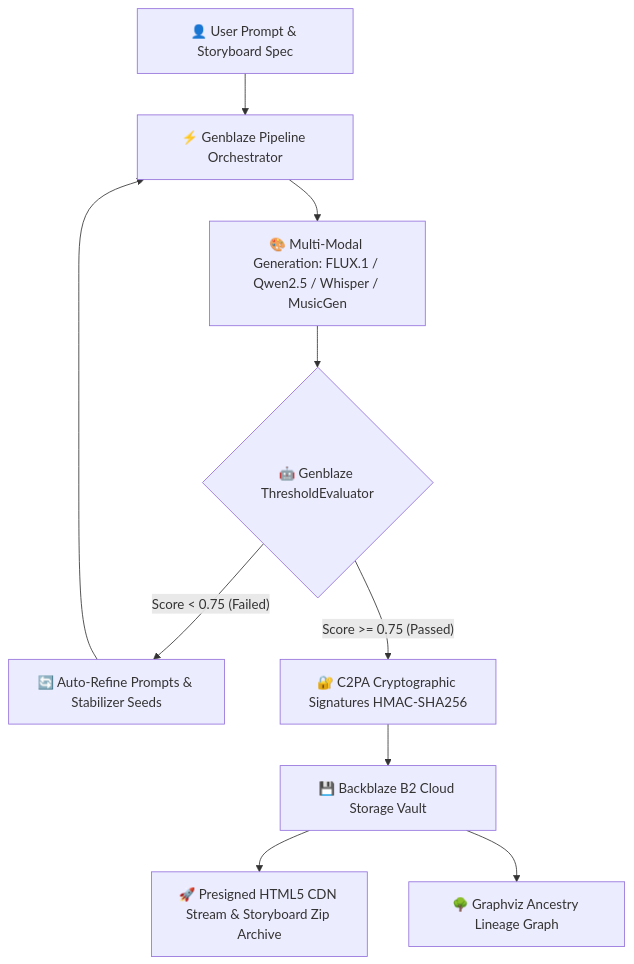
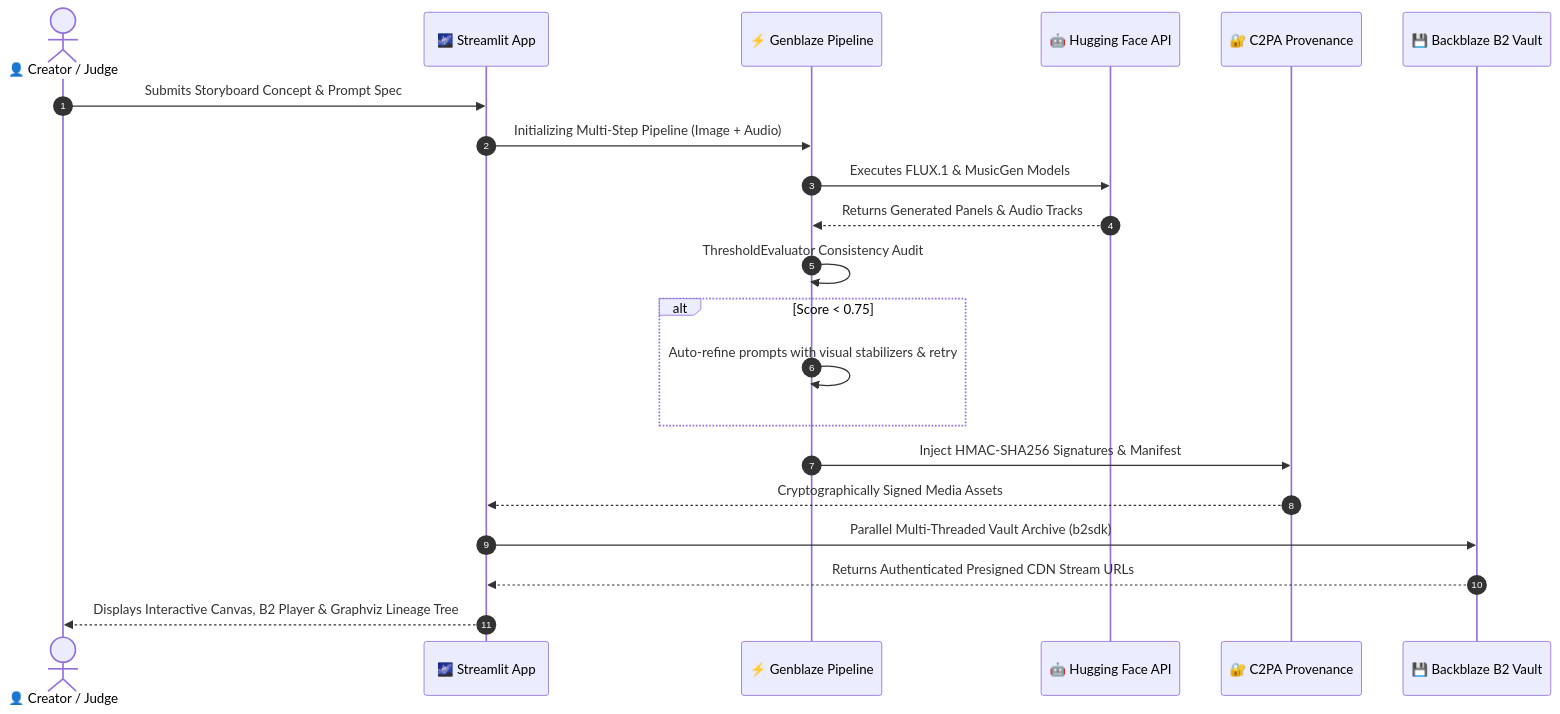
Before and after one commit to krishivjoshi219-collab/backblaze-genmedia-studio: the diagram in README.md, drawn with Mermaid. The commit also changed other lines of this file and 1 other file, not shown here.

Commit message:
fix(streamlit-cloud): update genblaze dependency target to libs/meta subdirectory to resolve ModuleNotFoundError on Streamlit Cloud and expand README animations

````diff
--- a/README.md
+++ b/README.md
@@ -64,12 +68,24 @@
 ```mermaid
-graph TD
-    A[👤 User Prompt & Storyboard Spec] --> B[⚡ Genblaze Pipeline Orchestrator]
-    B --> C[🎨 Multi-Modal Generation: FLUX.1 / Qwen2.5 / Whisper / MusicGen]
-    C --> D{🤖 Genblaze ThresholdEvaluator}
-    D -- Score < 0.75 (Failed) --> E[🔄 Auto-Refine Prompts & Stabilizer Seeds]
-    E --> B
-    D -- Score >= 0.75 (Passed) --> F[🔐 C2PA Cryptographic Signatures HMAC-SHA256]
-    F --> G[💾 Backblaze B2 Cloud Storage Vault]
-    G --> H[🚀 Presigned HTML5 CDN Stream & Storyboard Zip Archive]
-    G --> I[🌳 Graphviz Ancestry Lineage Graph]
+sequenceDiagram
+    autonumber
+    actor User as 👤 Creator / Judge
+    participant App as 🌌 Streamlit App
+    participant Genblaze as ⚡ Genblaze Pipeline
+    participant HF as 🤖 Hugging Face API
+    participant C2PA as 🔐 C2PA Provenance
+    participant B2 as 💾 Backblaze B2 Vault
+
+    User->>App: Submits Storyboard Concept & Prompt Spec
+    App->>Genblaze: Initializing Multi-Step Pipeline (Image + Audio)
+    Genblaze->>HF: Executes FLUX.1 & MusicGen Models
+    HF-->>Genblaze: Returns Generated Panels & Audio Tracks
+    Genblaze->>Genblaze: ThresholdEvaluator Consistency Audit
+    alt Score < 0.75
+        Genblaze->>Genblaze: Auto-refine prompts with visual stabilizers & retry
+    end
+    Genblaze->>C2PA: Inject HMAC-SHA256 Signatures & Manifest
+    C2PA-->>App: Cryptographically Signed Media Assets
+    App->>B2: Parallel Multi-Threaded Vault Archive (b2sdk)
+    B2-->>App: Returns Authenticated Presigned CDN Stream URLs
+    App-->>User: Displays Interactive Canvas, B2 Player & Graphviz Lineage Tree
 ```
````
